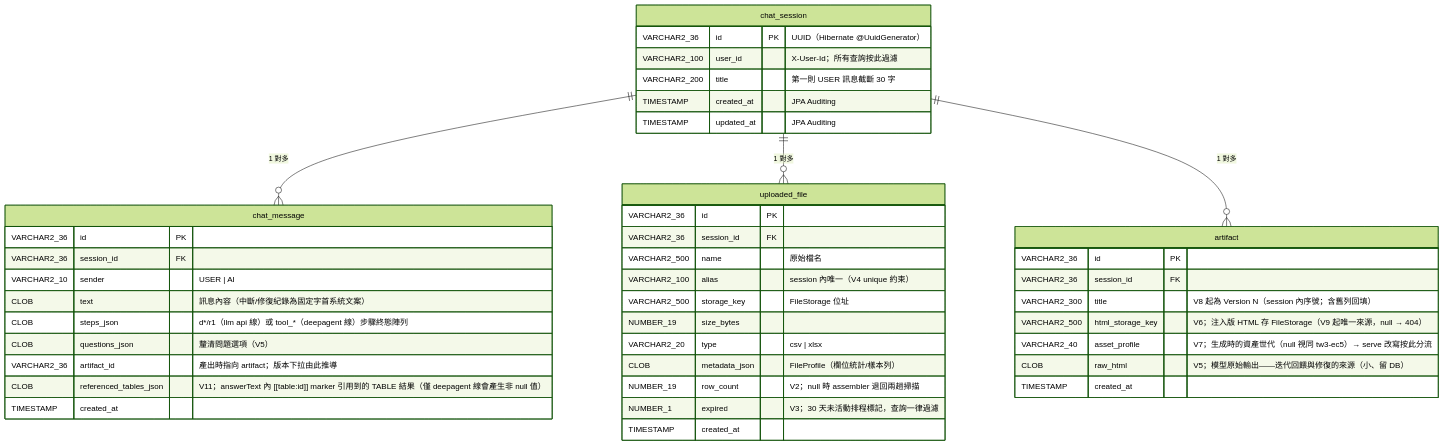
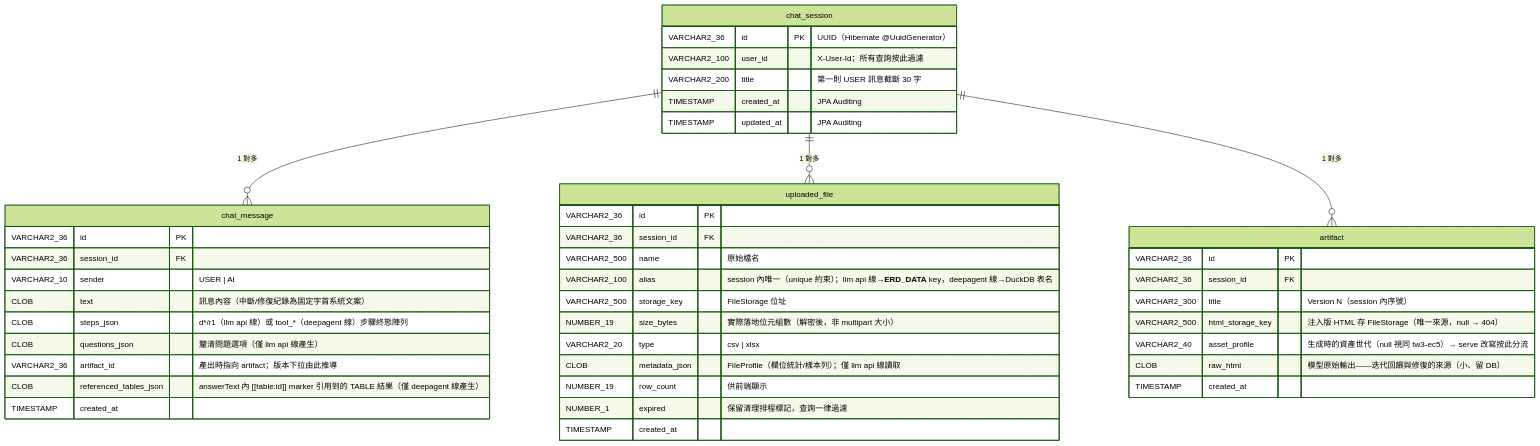
Before and after one commit to Michelle12369/cowork: the fourth of 4 diagrams in docs/architecture.md, drawn with Mermaid (forest theme). The commit also changed other lines of this file and 10 other files, not shown here.

````diff
--- a/docs/architecture.md
+++ b/docs/architecture.md
@@ -415,47 +415,47 @@
 ```mermaid
 erDiagram
     chat_session ||--o{ chat_message : "1 對多"
     chat_session ||--o{ uploaded_file : "1 對多"
     chat_session ||--o{ artifact : "1 對多"
 
     chat_session {
         VARCHAR2_36 id PK "UUID（Hibernate @UuidGenerator）"
         VARCHAR2_100 user_id "X-User-Id；所有查詢按此過濾"
         VARCHAR2_200 title "第一則 USER 訊息截斷 30 字"
         TIMESTAMP created_at "JPA Auditing"
         TIMESTAMP updated_at "JPA Auditing"
     }
     chat_message {
         VARCHAR2_36 id PK
         VARCHAR2_36 session_id FK
         VARCHAR2_10 sender "USER | AI"
         CLOB text "訊息內容（中斷/修復紀錄為固定字首系統文案）"
         CLOB steps_json "d*/r1（llm api 線）或 tool_*（deepagent 線）步驟終態陣列"
-        CLOB questions_json "釐清問題選項（V5）"
+        CLOB questions_json "釐清問題選項（僅 llm api 線產生）"
         VARCHAR2_36 artifact_id "產出時指向 artifact；版本下拉由此推導"
-        CLOB referenced_tables_json "V11；answerText 內 [[table:id]] marker 引用到的 TABLE 結果（僅 deepagent 線會產生非 null 值）"
+        CLOB referenced_tables_json "answerText 內 [[table:id]] marker 引用到的 TABLE 結果（僅 deepagent 線產生）"
         TIMESTAMP created_at
     }
     uploaded_file {
         VARCHAR2_36 id PK
         VARCHAR2_36 session_id FK
         VARCHAR2_500 name "原始檔名"
-        VARCHAR2_100 alias "session 內唯一（V4 unique 約束）"
+        VARCHAR2_100 alias "session 內唯一（unique 約束）；llm api 線→__ERD_DATA__ key，deepagent 線→DuckDB 表名"
         VARCHAR2_500 storage_key "FileStorage 位址"
-        NUMBER_19 size_bytes
+        NUMBER_19 size_bytes "實際落地位元組數（解密後，非 multipart 大小）"
         VARCHAR2_20 type "csv | xlsx"
-        CLOB metadata_json "FileProfile（欄位統計/樣本列）"
-        NUMBER_19 row_count "V2；null 時 assembler 退回兩趟掃描"
-        NUMBER_1 expired "V3；30 天未活動排程標記，查詢一律過濾"
+        CLOB metadata_json "FileProfile（欄位統計/樣本列）；僅 llm api 線讀取"
+        NUMBER_19 row_count "供前端顯示"
+        NUMBER_1 expired "保留清理排程標記，查詢一律過濾"
         TIMESTAMP created_at
     }
     artifact {
         VARCHAR2_36 id PK
         VARCHAR2_36 session_id FK
-        VARCHAR2_300 title "V8 起為 Version N（session 內序號；含舊列回填）"
-        VARCHAR2_500 html_storage_key "V6；注入版 HTML 存 FileStorage（V9 起唯一來源，null → 404）"
-        VARCHAR2_40 asset_profile "V7；生成時的資產世代（null 視同 tw3-ec5）→ serve 改寫按此分流"
-        CLOB raw_html "V5；模型原始輸出——迭代回餵與修復的來源（小、留 DB）"
+        VARCHAR2_300 title "Version N（session 內序號）"
+        VARCHAR2_500 html_storage_key "注入版 HTML 存 FileStorage（唯一來源，null → 404）"
+        VARCHAR2_40 asset_profile "生成時的資產世代（null 視同 tw3-ec5）→ serve 改寫按此分流"
+        CLOB raw_html "模型原始輸出——迭代回餵與修復的來源（小、留 DB）"
         TIMESTAMP created_at
     }
 ```
````
